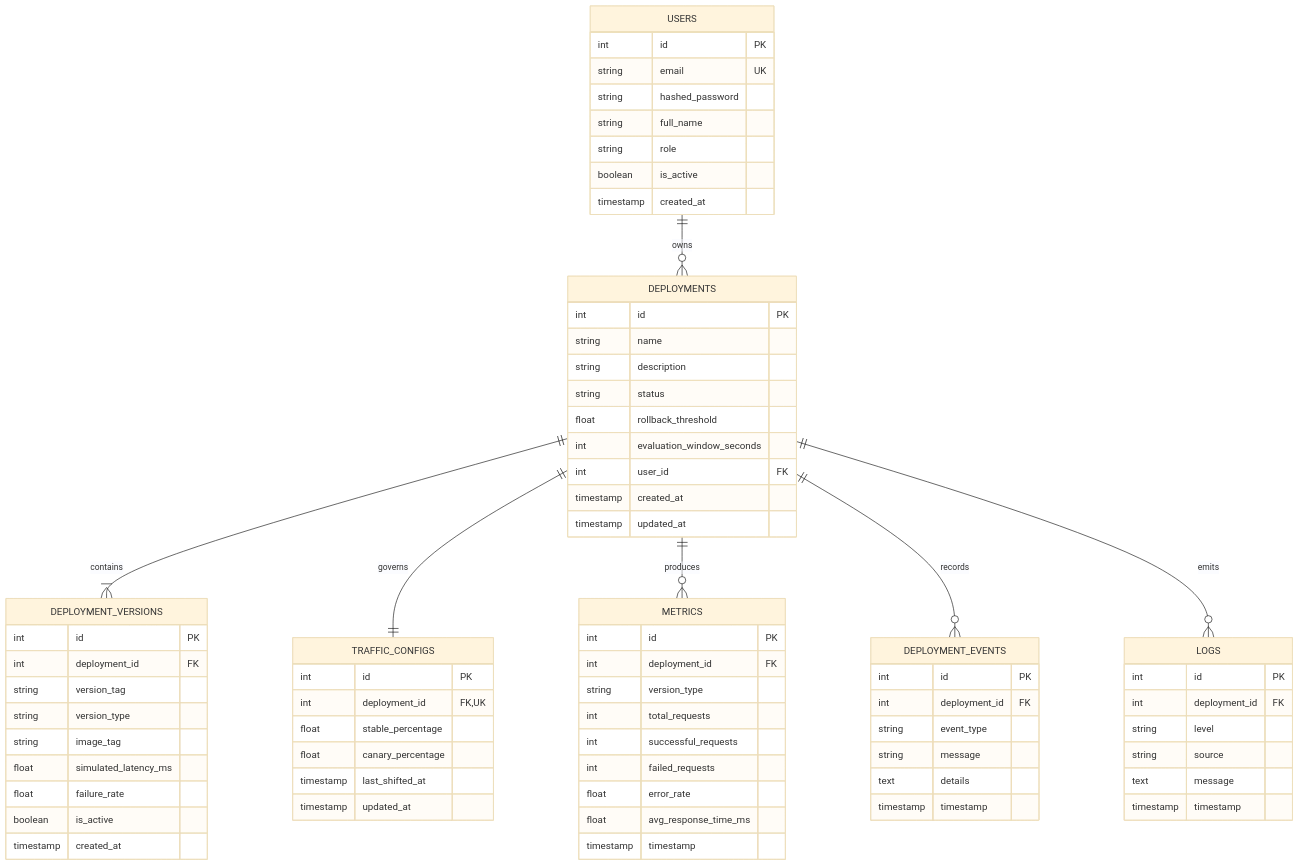
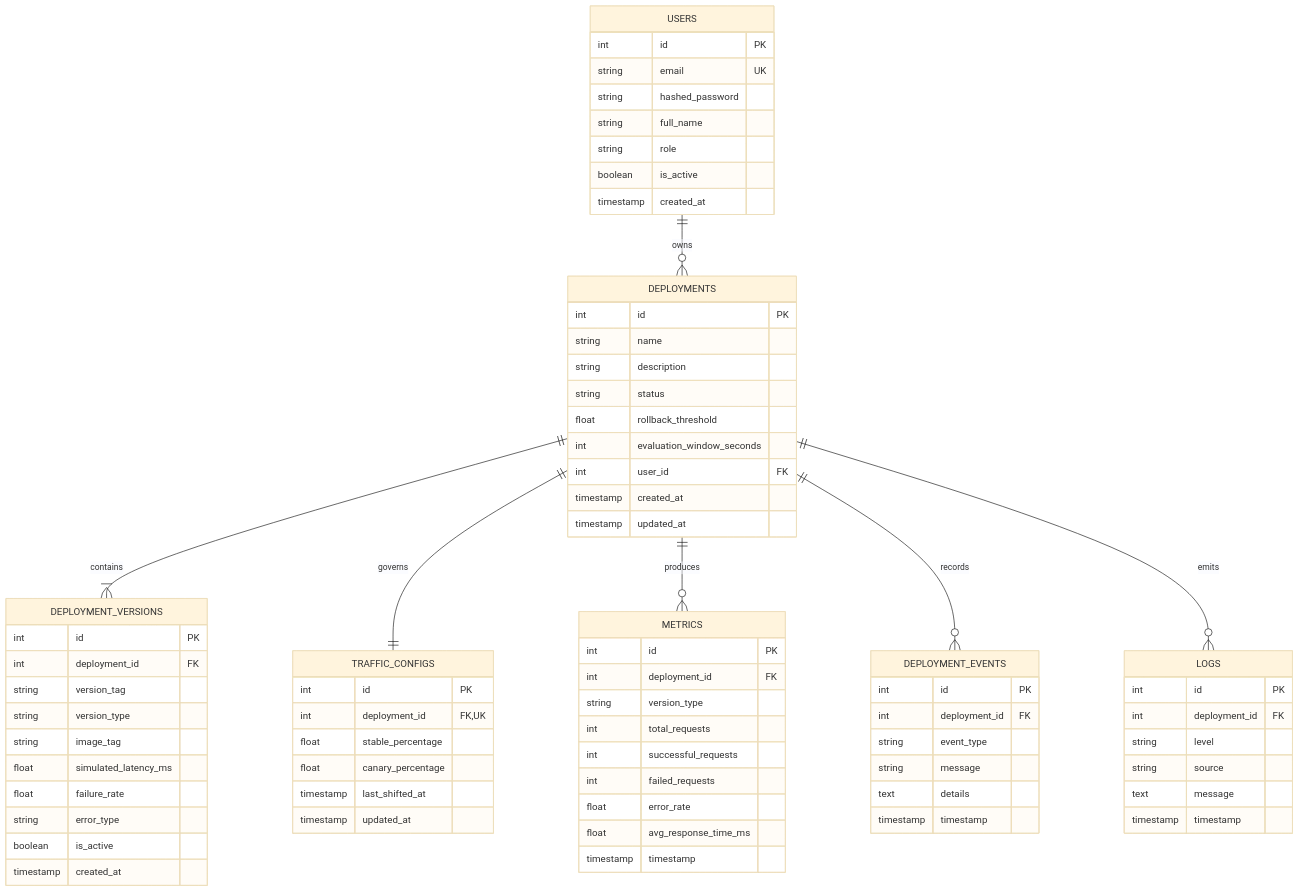
Before and after one commit to Pavilioni5/canary-deployment-simulator: the diagram in docs/DATABASE_DESIGN.md, drawn with Mermaid (base theme). The commit also changed other lines of this file and 2 other files, not shown here.

Commit message:
Added the docs and update the readme file

```diff
--- a/docs/DATABASE_DESIGN.md
+++ b/docs/DATABASE_DESIGN.md
@@ -63,6 +63,7 @@
         string image_tag
         float simulated_latency_ms
         float failure_rate
+        string error_type
         boolean is_active
         timestamp created_at
     }
```
